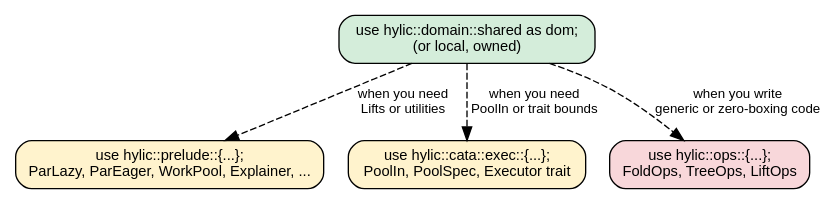
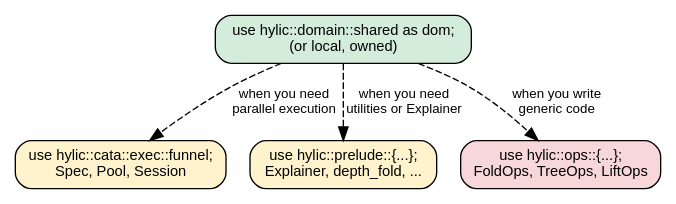
Before and after one commit to hylic-recursion/hylic-docs: the diagram in book/src/guides/imports.md, drawn with Graphviz. The commit also changed other lines of this file and 57 other files, not shown here.

Commit message:
docs: add 'Defining a project executor' section to execution guide

````diff
--- a/book/src/guides/imports.md
+++ b/book/src/guides/imports.md
@@ -100,16 +95,16 @@
 ```dot process
 digraph {
     rankdir=TB;
     node [shape=box, style="rounded,filled", fillcolor="#f5f5f5", fontname="sans-serif", fontsize=11];
     edge [fontname="sans-serif", fontsize=10];
 
     dom [label="use hylic::domain::shared as dom;\n(or local, owned)", fillcolor="#d4edda"];
-    prelude [label="use hylic::prelude::{...};\nParLazy, ParEager, WorkPool, Explainer, ...", fillcolor="#fff3cd"];
-    exec [label="use hylic::cata::exec::{...};\nPoolIn, PoolSpec, Executor trait", fillcolor="#fff3cd"];
+    funnel [label="use hylic::cata::exec::funnel;\nSpec, Pool, Session", fillcolor="#fff3cd"];
+    prelude [label="use hylic::prelude::{...};\nExplainer, depth_fold, ...", fillcolor="#fff3cd"];
     ops [label="use hylic::ops::{...};\nFoldOps, TreeOps, LiftOps", fillcolor="#f8d7da"];
 
-    dom -> prelude [label="when you need\nLifts or utilities", style=dashed];
-    dom -> exec [label="when you need\nPoolIn or trait bounds", style=dashed];
-    dom -> ops [label="when you write\ngeneric or zero-boxing code", style=dashed];
+    dom -> funnel [label="when you need\nparallel execution", style=dashed];
+    dom -> prelude [label="when you need\nutilities or Explainer", style=dashed];
+    dom -> ops [label="when you write\ngeneric code", style=dashed];
 }
 ```
````
